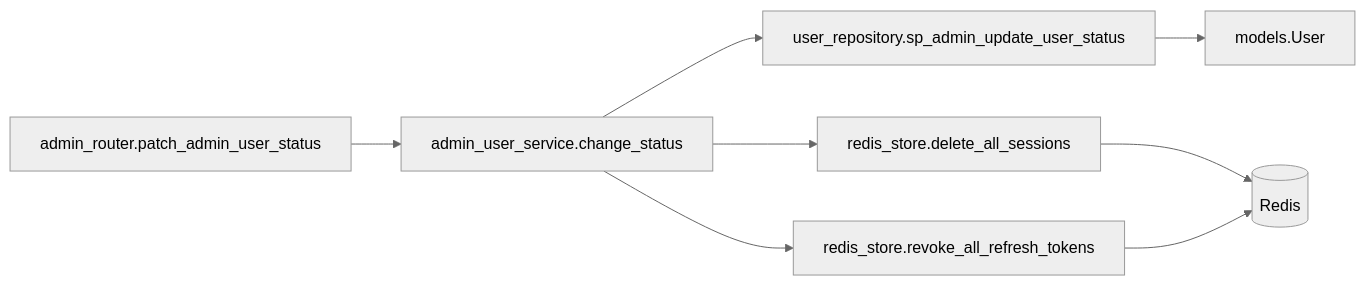
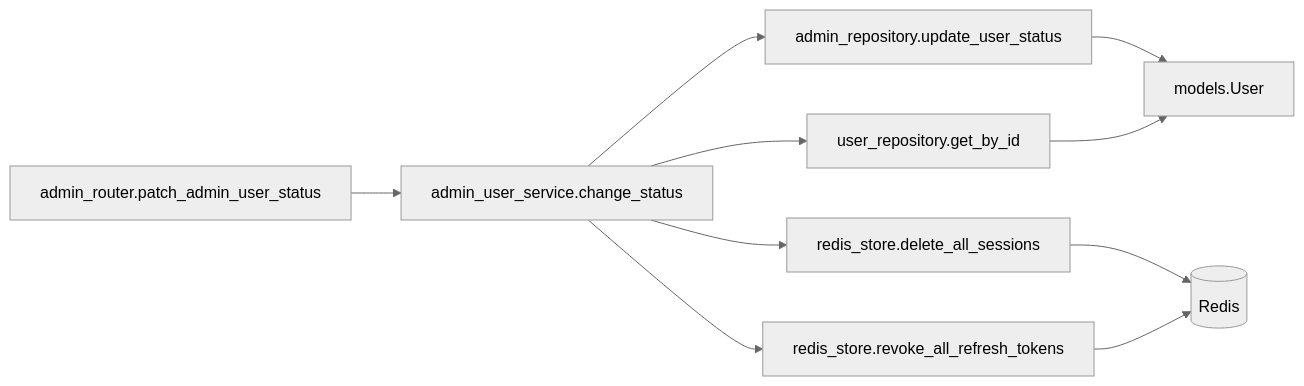
One commit to oikawa-d/task_management changed the third of 4 diagrams in docs/detailed_design/api/admin/03_patch_admin_user_status.md. Above: the diagram before and after it, drawn with Mermaid (neutral theme). The commit also changed other lines of this file and 28 other files, not shown here.

````diff
--- a/docs/detailed_design/api/admin/03_patch_admin_user_status.md
+++ b/docs/detailed_design/api/admin/03_patch_admin_user_status.md
@@ -213,10 +232,12 @@
 ```mermaid
 flowchart LR
     R["admin_router.patch_admin_user_status"] --> S["admin_user_service.change_status"]
-    S --> RP1["user_repository.sp_admin_update_user_status"]
+    S --> RP1["admin_repository.update_user_status"]
+    S --> RP2["user_repository.get_by_id"]
     S --> RS1["redis_store.delete_all_sessions"]
     S --> RS2["redis_store.revoke_all_refresh_tokens"]
     RP1 --> M["models.User"]
+    RP2 --> M
     RS1 --> RD[("Redis")]
     RS2 --> RD
 ```
````
